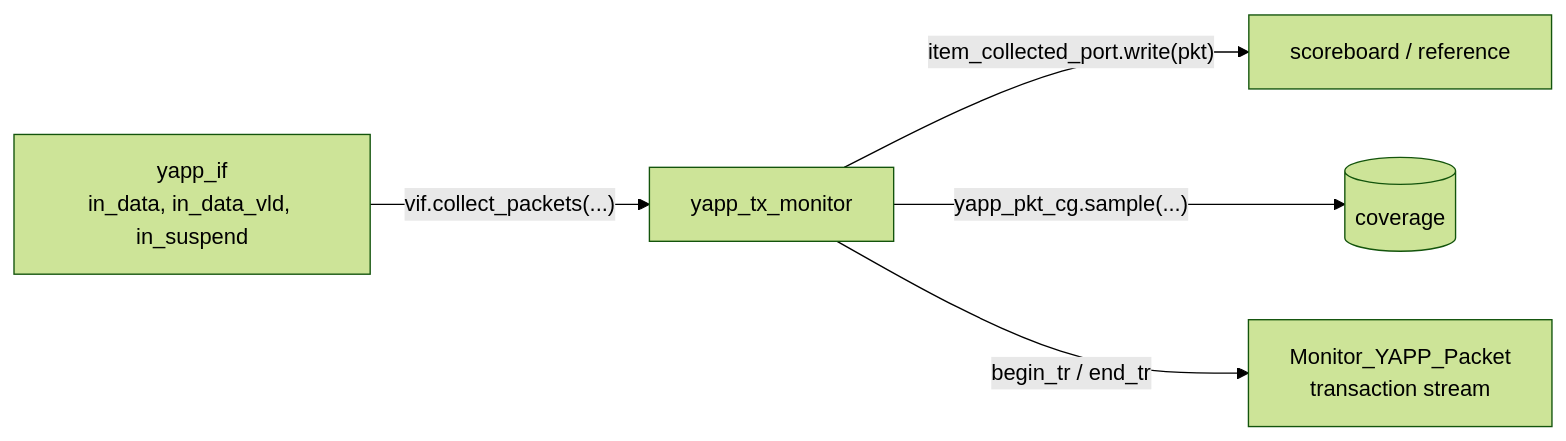
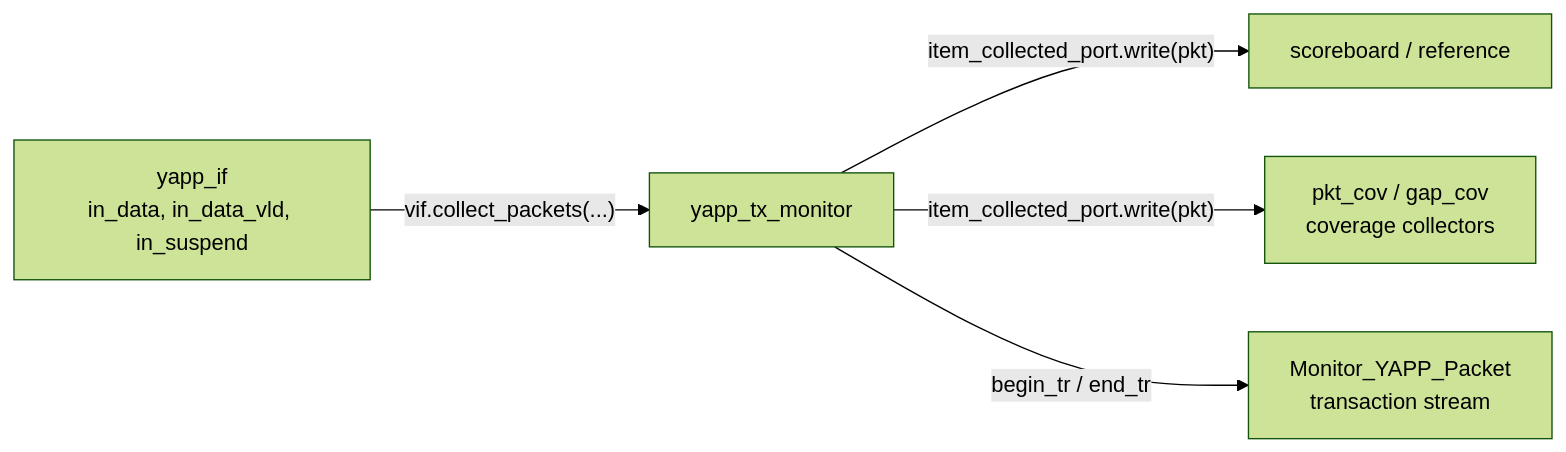
One commit to tamirgabgab/Qcom-Mentoring changed the diagram in docs/components/monitor.md. Above: the diagram before and after it, drawn with Mermaid (forest theme). The commit also changed other lines of this file and 37 other files, not shown here.

First line of the commit message:
Coverage collectors in their own files and a coverage database on every run (work in progress)

````diff
--- a/docs/components/monitor.md
+++ b/docs/components/monitor.md
@@ -11,7 +11,7 @@
 ```mermaid
 flowchart LR
     IF["yapp_if<br/>in_data, in_data_vld, in_suspend"] -->|"vif.collect_packets(...)"| MON["yapp_tx_monitor"]
     MON -->|"item_collected_port.write(pkt)"| SB["scoreboard / reference"]
-    MON -->|"yapp_pkt_cg.sample(...)"| COV[("coverage")]
+    MON -->|"item_collected_port.write(pkt)"| COV["pkt_cov / gap_cov<br/>coverage collectors"]
     MON -->|"begin_tr / end_tr"| WAVE["Monitor_YAPP_Packet<br/>transaction stream"]
 ```
````
